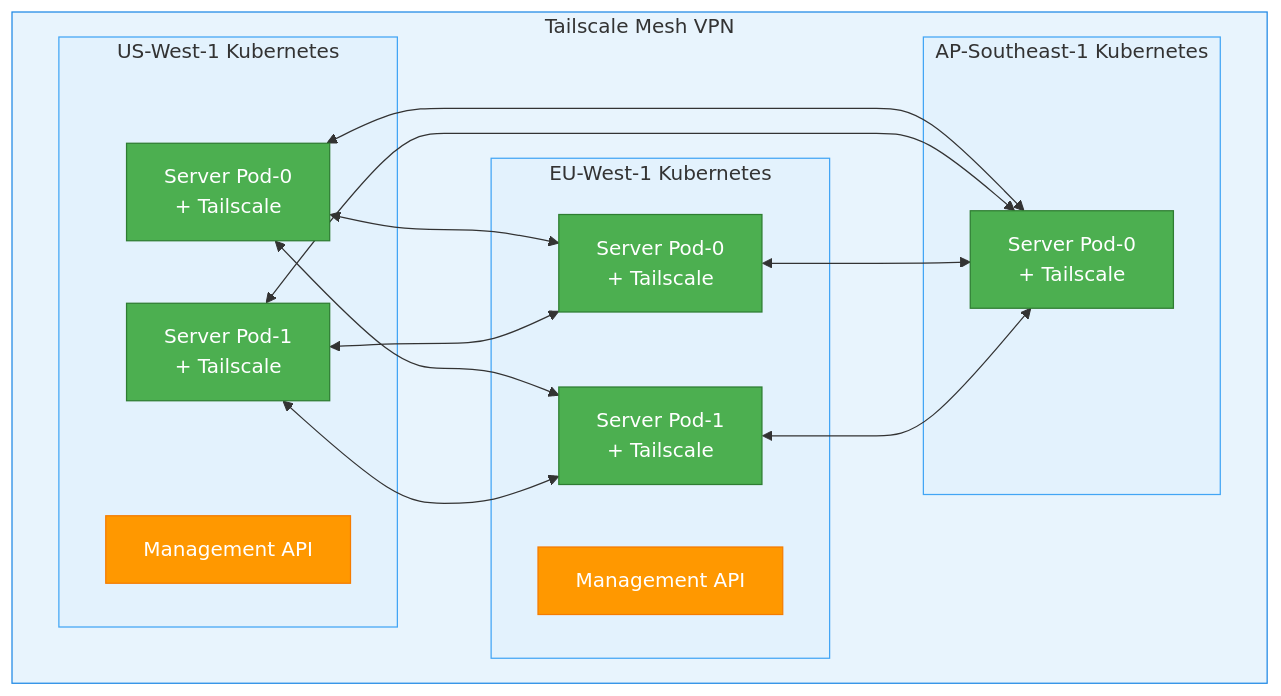
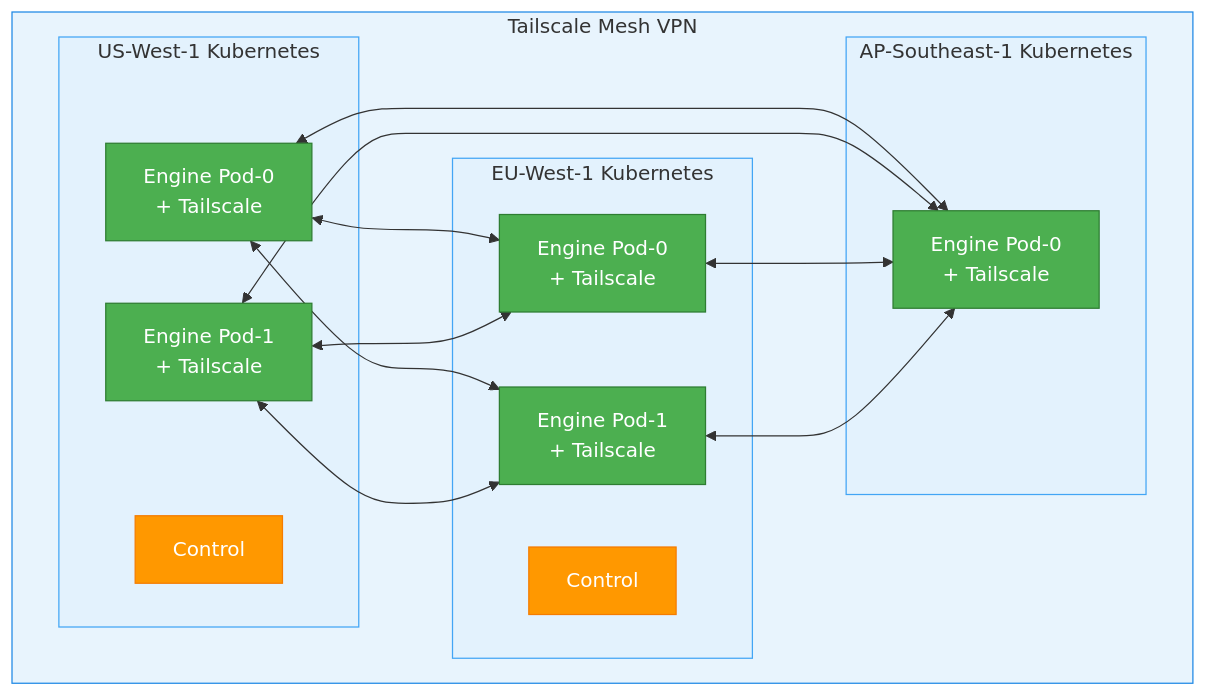
The diagram in deployment/tailscale-multi-region.md (inferadb/docs), drawn with Mermaid before and after one commit. The commit also changed other lines of this file and 5 other files, not shown here.

````diff
--- a/deployment/tailscale-multi-region.md
+++ b/deployment/tailscale-multi-region.md
@@ -82,41 +82,41 @@
 ```mermaid
 graph TD
     subgraph Mesh["Tailscale Mesh VPN"]
         subgraph USWest["US-West-1 Kubernetes"]
-            US_Pod0["Server Pod-0<br/>+ Tailscale"]
-            US_Pod1["Server Pod-1<br/>+ Tailscale"]
-            US_Mgmt["Management API"]
+            US_Pod0["Engine Pod-0<br/>+ Tailscale"]
+            US_Pod1["Engine Pod-1<br/>+ Tailscale"]
+            US_Ctrl["Control"]
         end
 
         subgraph EUWest["EU-West-1 Kubernetes"]
-            EU_Pod0["Server Pod-0<br/>+ Tailscale"]
-            EU_Pod1["Server Pod-1<br/>+ Tailscale"]
-            EU_Mgmt["Management API"]
+            EU_Pod0["Engine Pod-0<br/>+ Tailscale"]
+            EU_Pod1["Engine Pod-1<br/>+ Tailscale"]
+            EU_Ctrl["Control"]
         end
 
         subgraph APSoutheast["AP-Southeast-1 Kubernetes"]
-            AP_Pod0["Server Pod-0<br/>+ Tailscale"]
+            AP_Pod0["Engine Pod-0<br/>+ Tailscale"]
         end
     end
 
     US_Pod0 <--> EU_Pod0
     US_Pod0 <--> EU_Pod1
     US_Pod1 <--> EU_Pod0
     US_Pod1 <--> EU_Pod1
     US_Pod0 <--> AP_Pod0
     US_Pod1 <--> AP_Pod0
     EU_Pod0 <--> AP_Pod0
     EU_Pod1 <--> AP_Pod0
 
     style Mesh fill:#E8F4FD,stroke:#1E88E5
     style USWest fill:#E3F2FD,stroke:#42A5F5
     style EUWest fill:#E3F2FD,stroke:#42A5F5
     style APSoutheast fill:#E3F2FD,stroke:#42A5F5
     style US_Pod0 fill:#4CAF50,stroke:#2E7D32,color:#fff
     style US_Pod1 fill:#4CAF50,stroke:#2E7D32,color:#fff
     style EU_Pod0 fill:#4CAF50,stroke:#2E7D32,color:#fff
     style EU_Pod1 fill:#4CAF50,stroke:#2E7D32,color:#fff
     style AP_Pod0 fill:#4CAF50,stroke:#2E7D32,color:#fff
-    style US_Mgmt fill:#FF9800,stroke:#F57C00,color:#fff
-    style EU_Mgmt fill:#FF9800,stroke:#F57C00,color:#fff
+    style US_Ctrl fill:#FF9800,stroke:#F57C00,color:#fff
+    style EU_Ctrl fill:#FF9800,stroke:#F57C00,color:#fff
 ```
````
